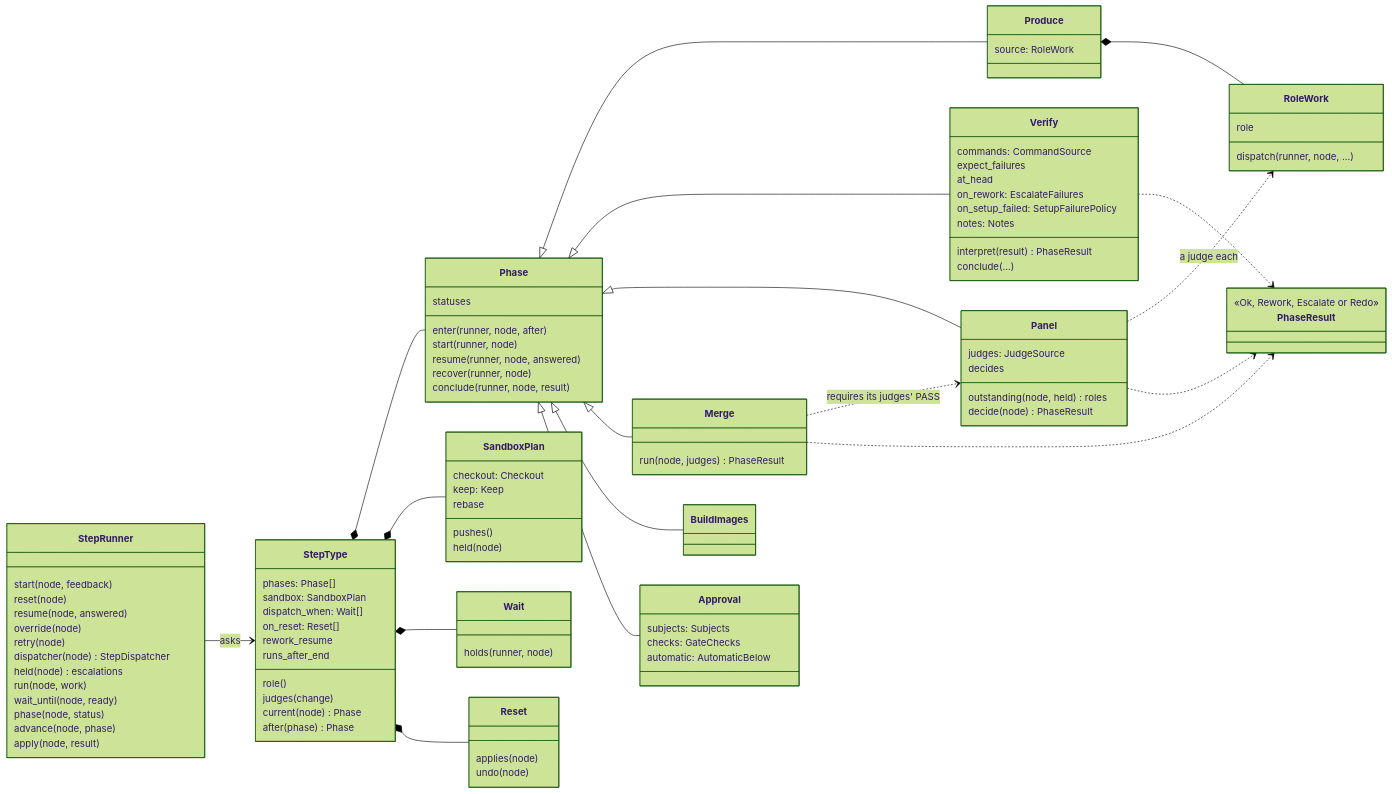
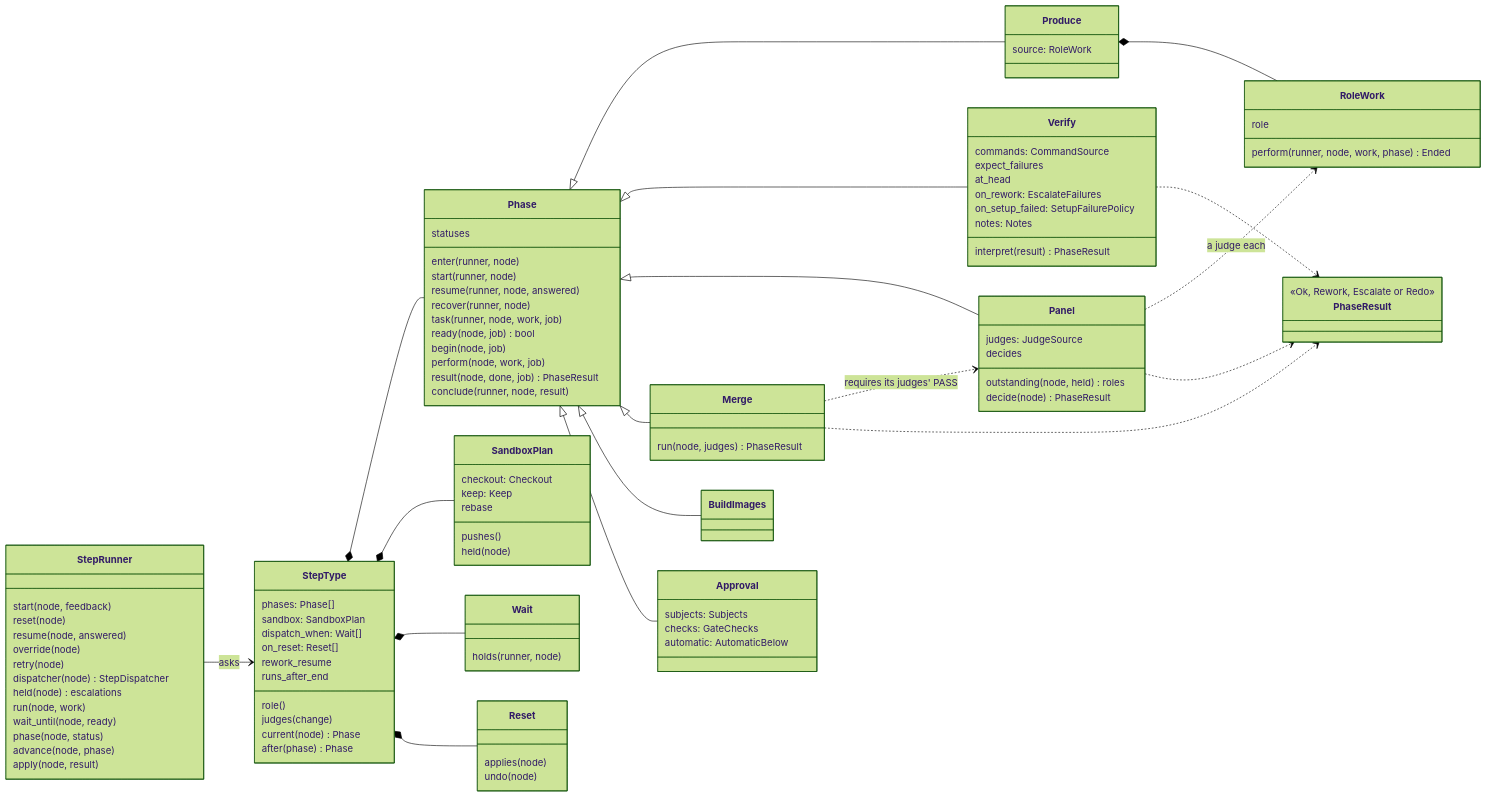
Before and after one commit to mr-miles/orchestrator: the fourth of 6 diagrams in docs/architecture.md, drawn with Mermaid (forest theme). The commit also changed other lines of this file and 4 other files, not shown here.

First line of the commit message:
Every phase's work has one shape: ready, begin, perform, result

```diff
--- a/docs/architecture.md
+++ b/docs/architecture.md
@@ -318,10 +336,15 @@
     }
     class Phase {
         statuses
-        enter(runner, node, after)
+        enter(runner, node)
         start(runner, node)
         resume(runner, node, answered)
         recover(runner, node)
+        task(runner, node, work, job)
+        ready(node, job) bool
+        begin(node, job)
+        perform(node, work, job)
+        result(node, done, job) PhaseResult
         conclude(runner, node, result)
     }
     class Produce {
@@ -329,7 +352,7 @@
     }
     class RoleWork {
         role
-        dispatch(runner, node, ...)
+        perform(runner, node, work, phase) Ended
     }
     class Verify {
         commands: CommandSource
@@ -339,7 +362,6 @@
         on_setup_failed: SetupFailurePolicy
         notes: Notes
         interpret(result) PhaseResult
-        conclude(...)
     }
     class Panel {
         judges: JudgeSource
```
